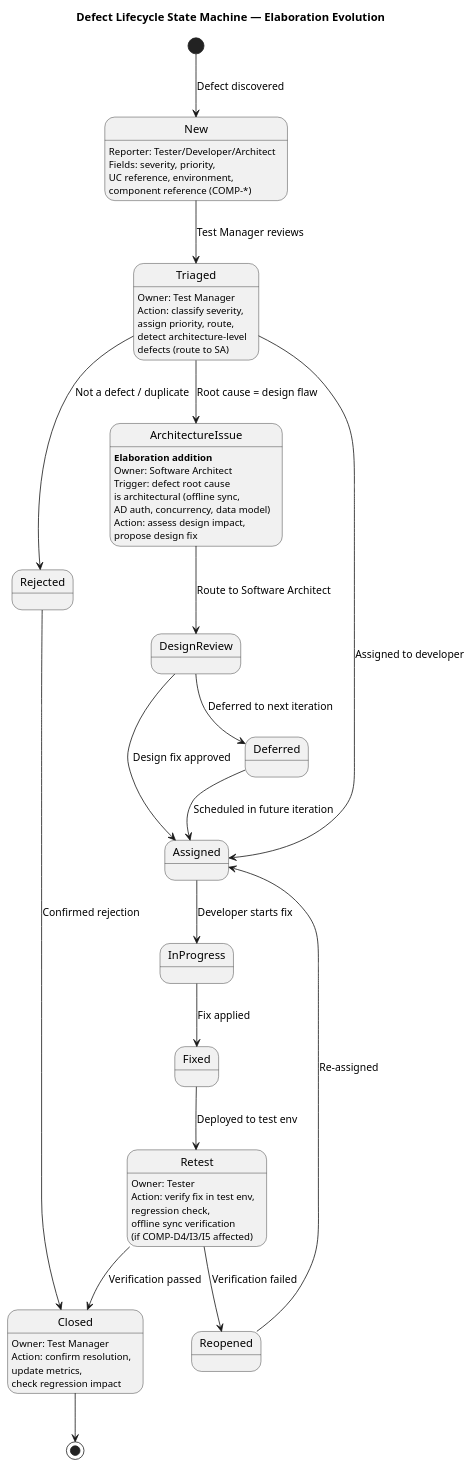
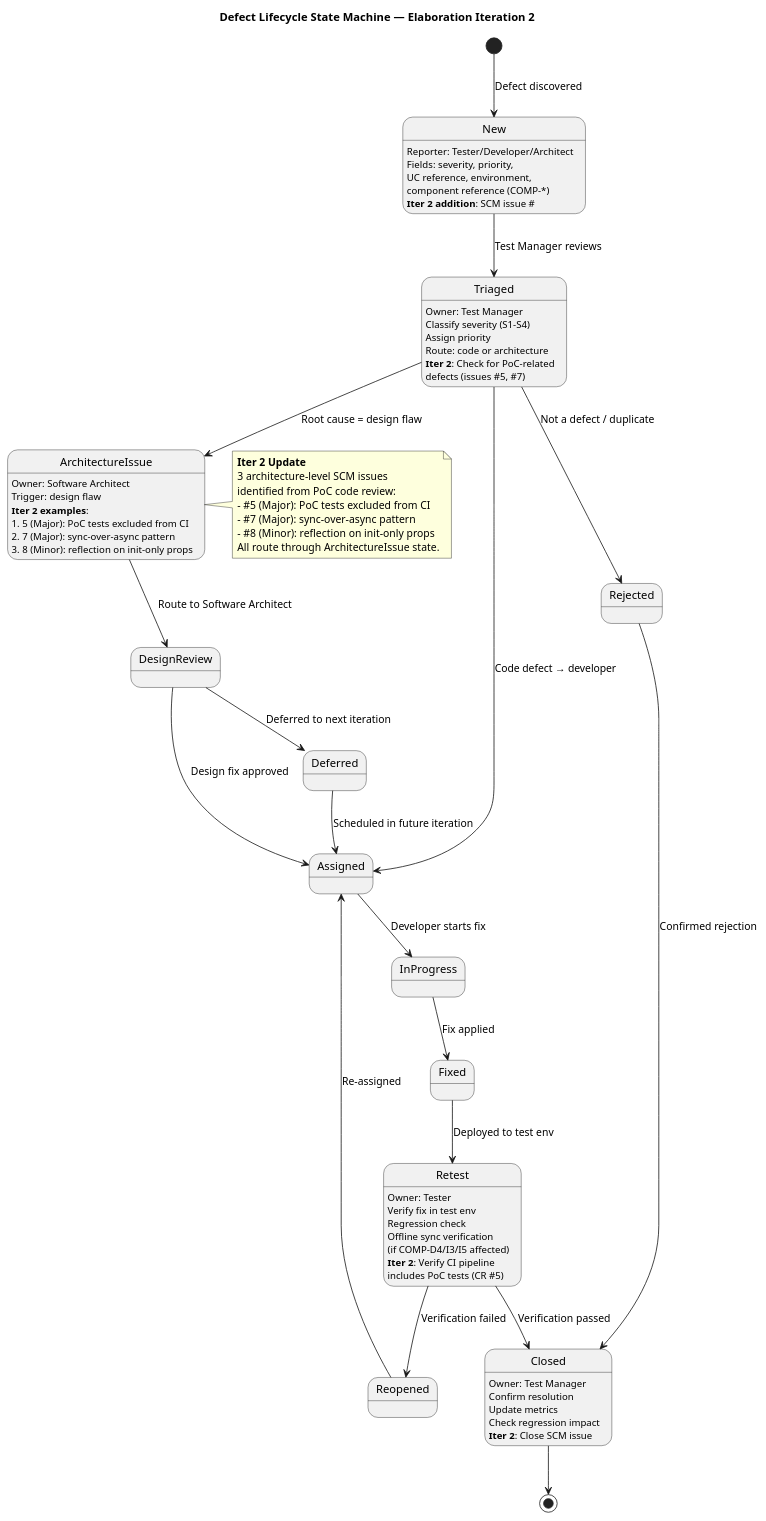
One commit to banense-test/demo-janke-lab changed the third of 3 diagrams in docs/artifacts/test/test-evaluation-summary.md. Above: the diagram before and after it, drawn with PlantUML. The commit also changed other lines of this file, not shown here.

First line of the commit message:
Test Manager [E2]: upsert Test Evaluation Summary

````diff
--- a/docs/artifacts/test/test-evaluation-summary.md
+++ b/docs/artifacts/test/test-evaluation-summary.md
@@ -202,60 +299,82 @@
 ```plantuml
 @startuml
-title Defect Lifecycle State Machine — Elaboration Evolution
+title Defect Lifecycle State Machine — Elaboration Iteration 2
 
 [*] --> New : Defect discovered
 New --> Triaged : Test Manager reviews
-Triaged --> Assigned : Assigned to developer
+Triaged --> Assigned : Code defect → developer
 Triaged --> Rejected : Not a defect / duplicate
 Triaged --> ArchitectureIssue : Root cause = design flaw
-Assigned --> InProgress : Developer starts fix
+
 ArchitectureIssue --> DesignReview : Route to Software Architect
 DesignReview --> Assigned : Design fix approved
 DesignReview --> Deferred : Deferred to next iteration
+
+Assigned --> InProgress : Developer starts fix
 InProgress --> Fixed : Fix applied
 Fixed --> Retest : Deployed to test env
+
 Retest --> Closed : Verification passed
 Retest --> Reopened : Verification failed
 Reopened --> Assigned : Re-assigned
+
 Deferred --> Assigned : Scheduled in future iteration
 Rejected --> Closed : Confirmed rejection
 Closed --> [*]
 
 state New {
   New : Reporter: Tester/Developer/Architect
   New : Fields: severity, priority,
   New :   UC reference, environment,
   New :   component reference (COMP-*)
+  New : **Iter 2 addition**: SCM issue #
 }
+
 state Triaged {
   Triaged : Owner: Test Manager
-  Triaged : Action: classify severity,
-  Triaged :   assign priority, route,
-  Triaged :   detect architecture-level
-  Triaged :   defects (route to SA)
+  Triaged : Classify severity (S1-S4)
+  Triaged : Assign priority
+  Triaged : Route: code or architecture
+  Triaged : **Iter 2**: Check for PoC-related
+  Triaged :   defects (issues #5, #7)
 }
+
 state ArchitectureIssue {
-  ArchitectureIssue : **Elaboration addition**
   ArchitectureIssue : Owner: Software Architect
-  ArchitectureIssue : Trigger: defect root cause
-  ArchitectureIssue :   is architectural (offline sync,
-  ArchitectureIssue :   AD auth, concurrency, data model)
-  ArchitectureIssue : Action: assess design impact,
-  ArchitectureIssue :   propose design fix
+  ArchitectureIssue : Trigger: design flaw
+  ArchitectureIssue : **Iter 2 examples**:
+  ArchitectureIssue :   #5 (Major): PoC tests excluded from CI
+  ArchitectureIssue :   #7 (Major): sync-over-async pattern
+  ArchitectureIssue :   #8 (Minor): reflection on init-only props
 }
+
 state Retest {
   Retest : Owner: Tester
-  Retest : Action: verify fix in test env,
-  Retest :   regression check,
-  Retest :   offline sync verification
+  Retest : Verify fix in test env
+  Retest : Regression check
+  Retest : Offline sync verification
   Retest :   (if COMP-D4/I3/I5 affected)
+  Retest : **Iter 2**: Verify CI pipeline
+  Retest :   includes PoC tests (CR #5)
 }
+
 state Closed {
   Closed : Owner: Test Manager
-  Closed : Action: confirm resolution,
-  Closed :   update metrics,
-  Closed :   check regression impact
+  Closed : Confirm resolution
+  Closed : Update metrics
+  Closed : Check regression impact
+  Closed : **Iter 2**: Close SCM issue
 }
+
+note right of ArchitectureIssue
+  **Iter 2 Update**
+  3 architecture-level SCM issues
+  identified from PoC code review:
+  - #5 (Major): PoC tests excluded from CI
+  - #7 (Major): sync-over-async pattern
+  - #8 (Minor): reflection on init-only props
+  All route through ArchitectureIssue state.
+end note
 
 @enduml
 ```
````
